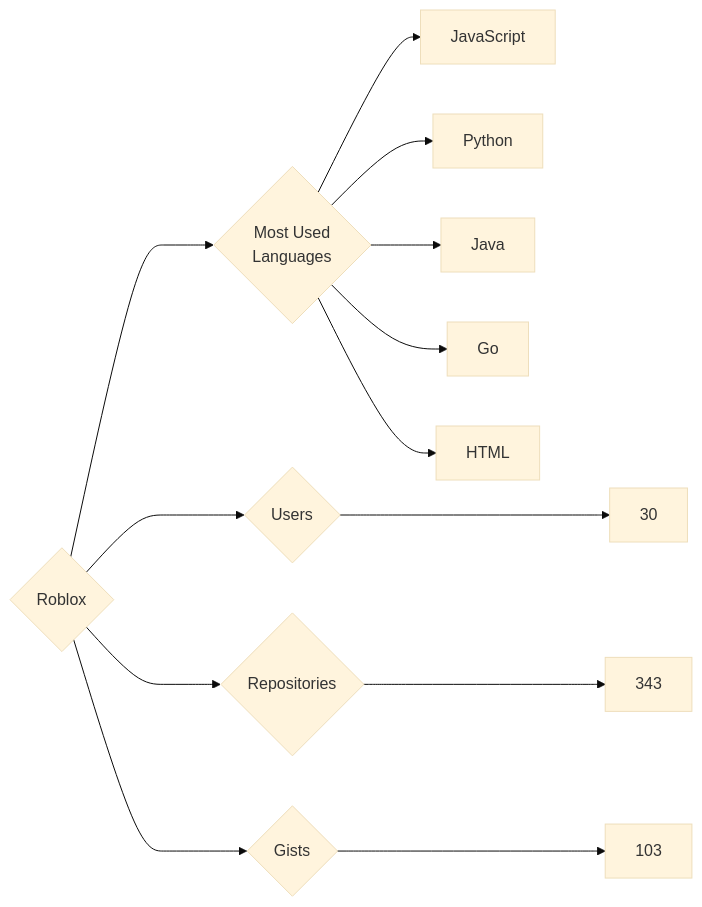
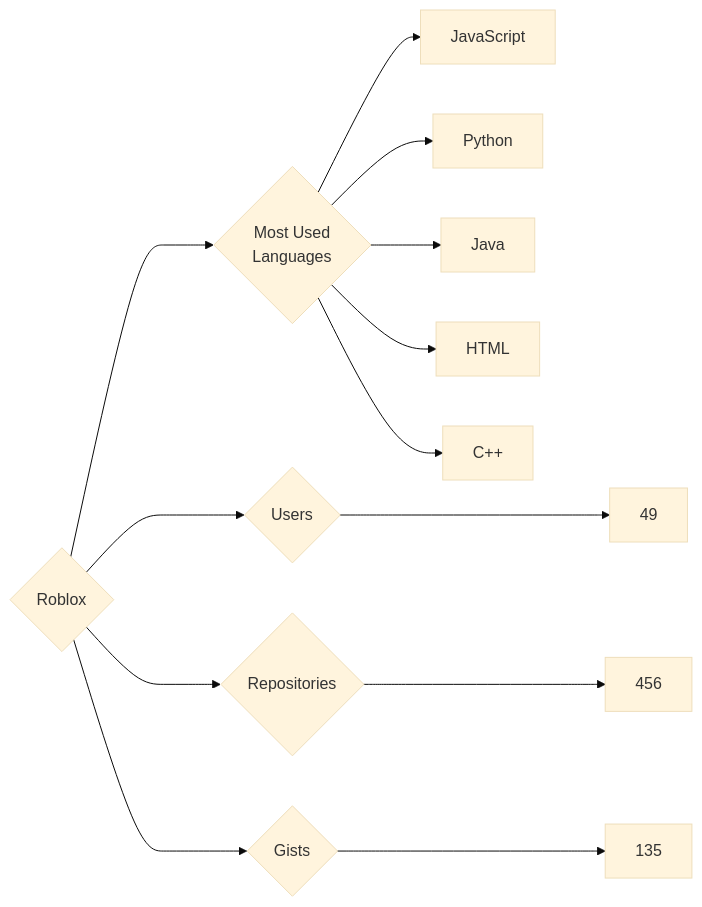
Before and after one commit to trickest/insiders: the diagram in targets/Roblox/README.md, drawn with Mermaid (base theme). The commit also changed 928 other files, not shown here.

````diff
--- a/targets/Roblox/README.md
+++ b/targets/Roblox/README.md
@@ -3,13 +3,13 @@
 ```mermaid
 graph LR
 COMPANY_NAME{Roblox}
-COMPANY_NAME ---> U{Users} ---> UN[30]
-COMPANY_NAME ---> R{Repositories} ---> RN[343]
-COMPANY_NAME ---> G{Gists} ---> GN[103]
+COMPANY_NAME ---> U{Users} ---> UN[49]
+COMPANY_NAME ---> R{Repositories} ---> RN[456]
+COMPANY_NAME ---> G{Gists} ---> GN[135]
 COMPANY_NAME ---> ML{Most Used<br>Languages}
 ML --> JavaScript[JavaScript]
 ML --> Python[Python]
 ML --> Java[Java]
-ML --> Go[Go]
 ML --> HTML[HTML]
+ML --> C++[C++]
 ```
````
